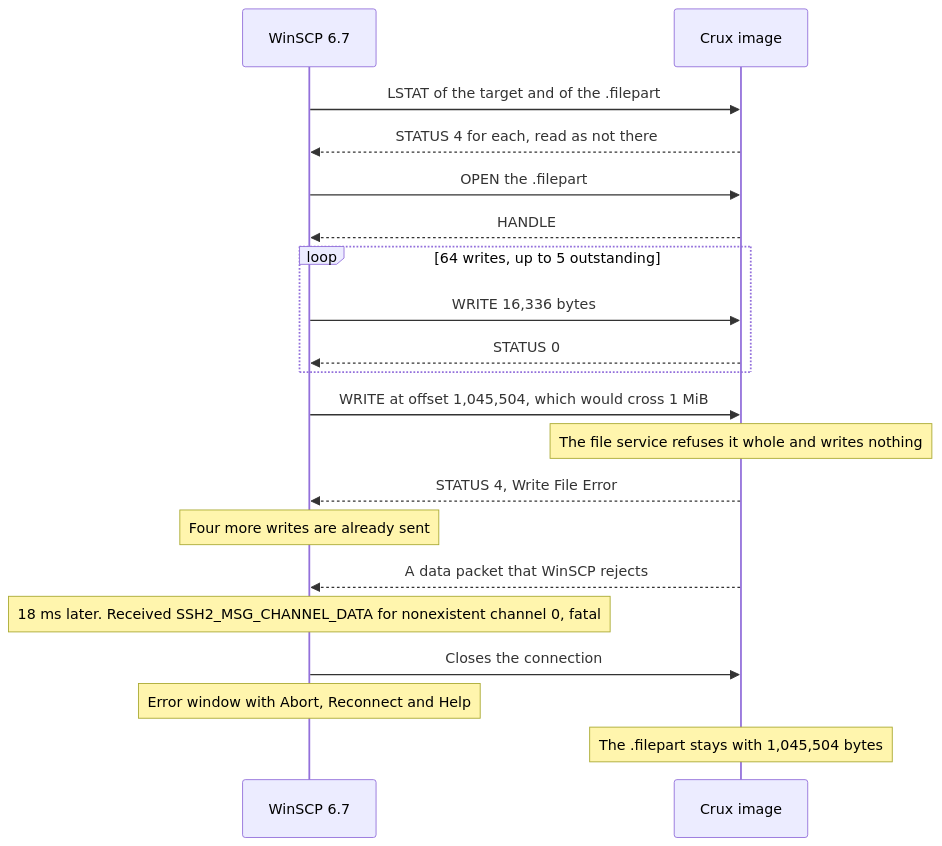
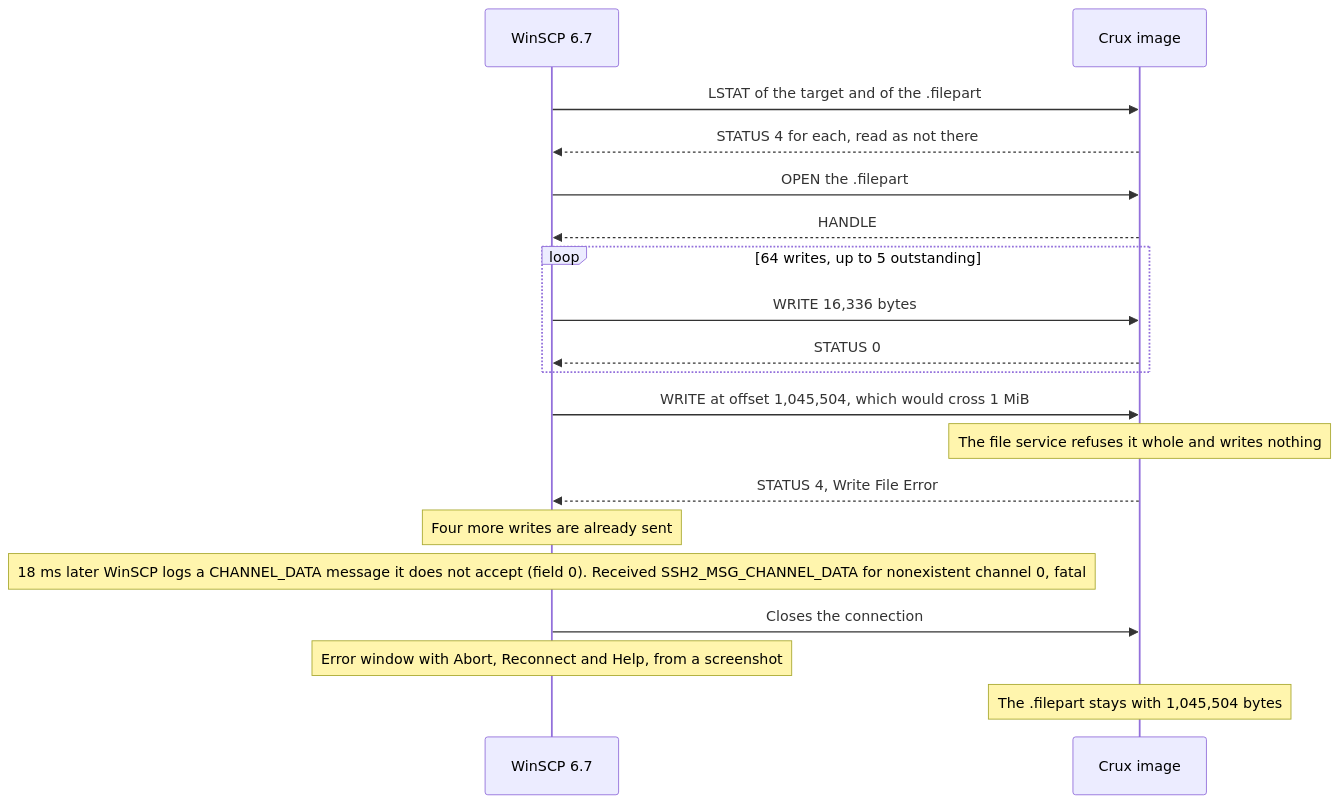
The fifth of 5 diagrams in docs/sftp-design.md (wonny-labs/crux-pilot), drawn with Mermaid before and after one commit. The commit also changed other lines of this file, not shown here.

First line of the commit message:
docs(sftp): state the basis of each WinSCP claim (#194)

````diff
--- a/docs/sftp-design.md
+++ b/docs/sftp-design.md
@@ -403,22 +405,21 @@
 ```mermaid
 sequenceDiagram
     participant W as WinSCP 6.7
     participant S as Crux image
     W->>S: LSTAT of the target and of the .filepart
     S-->>W: STATUS 4 for each, read as not there
     W->>S: OPEN the .filepart
     S-->>W: HANDLE
     loop 64 writes, up to 5 outstanding
         W->>S: WRITE 16,336 bytes
         S-->>W: STATUS 0
     end
     W->>S: WRITE at offset 1,045,504, which would cross 1 MiB
     Note over S: The file service refuses it whole and writes nothing
     S-->>W: STATUS 4, Write File Error
     Note over W: Four more writes are already sent
-    S-->>W: A data packet that WinSCP rejects
-    Note over W: 18 ms later. Received SSH2_MSG_CHANNEL_DATA for nonexistent channel 0, fatal
+    Note over W: 18 ms later WinSCP logs a CHANNEL_DATA message it does not accept (field 0). Received SSH2_MSG_CHANNEL_DATA for nonexistent channel 0, fatal
     W->>S: Closes the connection
-    Note over W: Error window with Abort, Reconnect and Help
+    Note over W: Error window with Abort, Reconnect and Help, from a screenshot
     Note over S: The .filepart stays with 1,045,504 bytes
 ```
````
